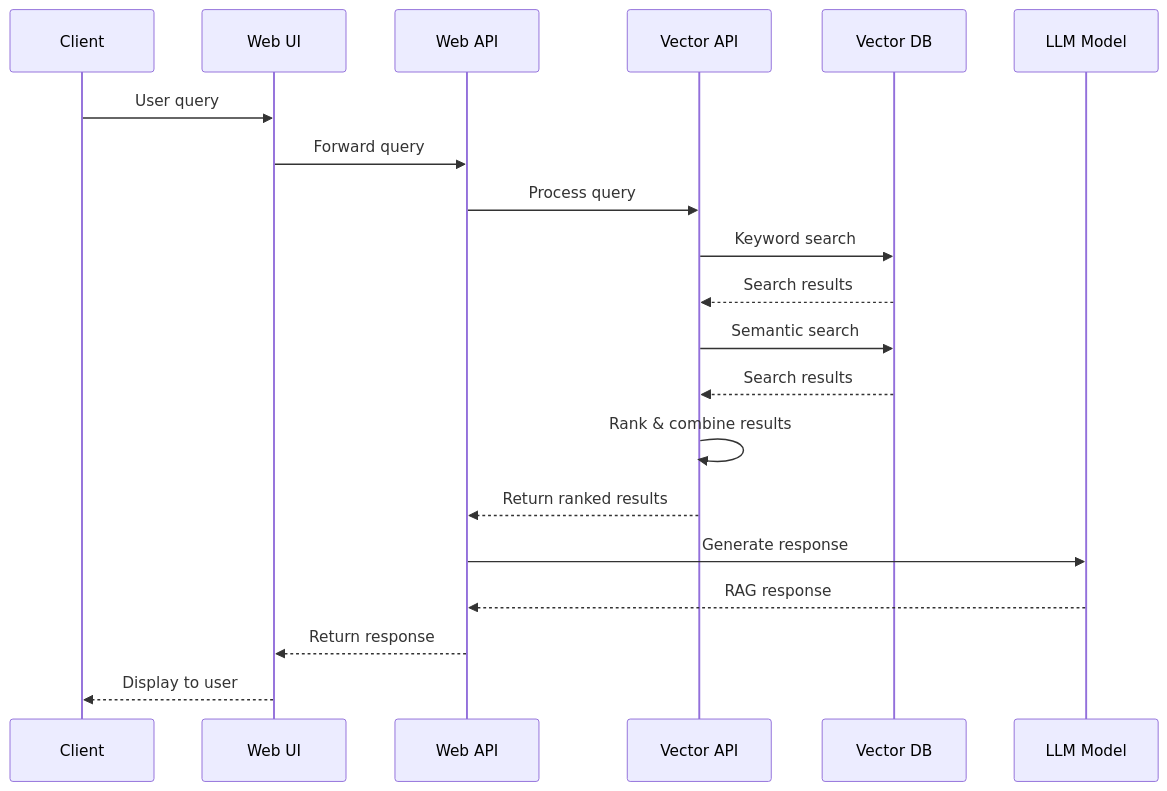
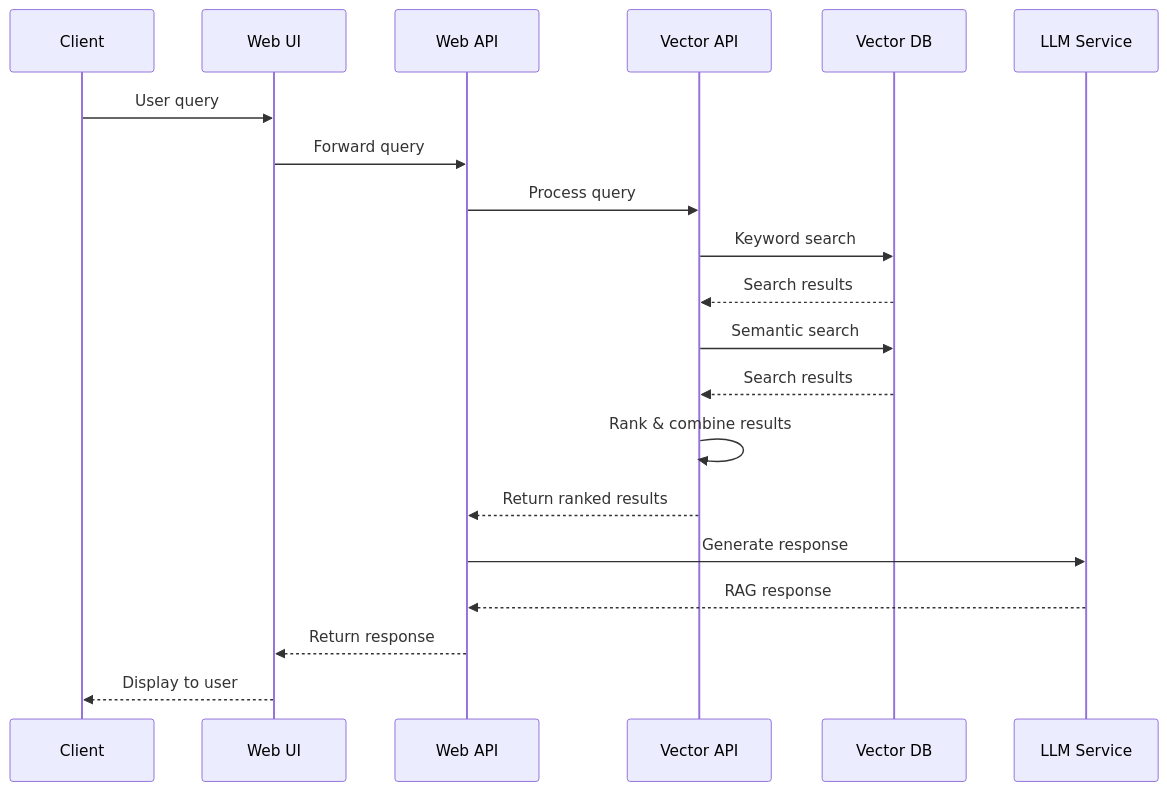
One commit to bcgov/EPIC.search changed the second of 2 diagrams in documentation/ARCHITECTURE.md. Above: the diagram before and after it, drawn with Mermaid. The commit also changed other lines of this file and 3 other files, not shown here.

````diff
--- a/documentation/ARCHITECTURE.md
+++ b/documentation/ARCHITECTURE.md
@@ -40,23 +40,23 @@
 ```mermaid
 sequenceDiagram
     participant Client as Client
     participant WebUI as Web UI
     participant WebAPI as Web API
     participant VectorAPI as Vector API
     participant VectorDB as Vector DB
-    participant LLM as LLM Model
+    participant LLM as LLM Service
     
     Client->>WebUI: User query
     WebUI->>WebAPI: Forward query
     WebAPI->>VectorAPI: Process query
     VectorAPI->>VectorDB: Keyword search
     VectorDB-->>VectorAPI: Search results
     VectorAPI->>VectorDB: Semantic search
     VectorDB-->>VectorAPI: Search results
     VectorAPI->>VectorAPI: Rank & combine results
     VectorAPI-->>WebAPI: Return ranked results
     WebAPI->>LLM: Generate response
     LLM-->>WebAPI: RAG response
     WebAPI-->>WebUI: Return response
     WebUI-->>Client: Display to user
 ```
````
